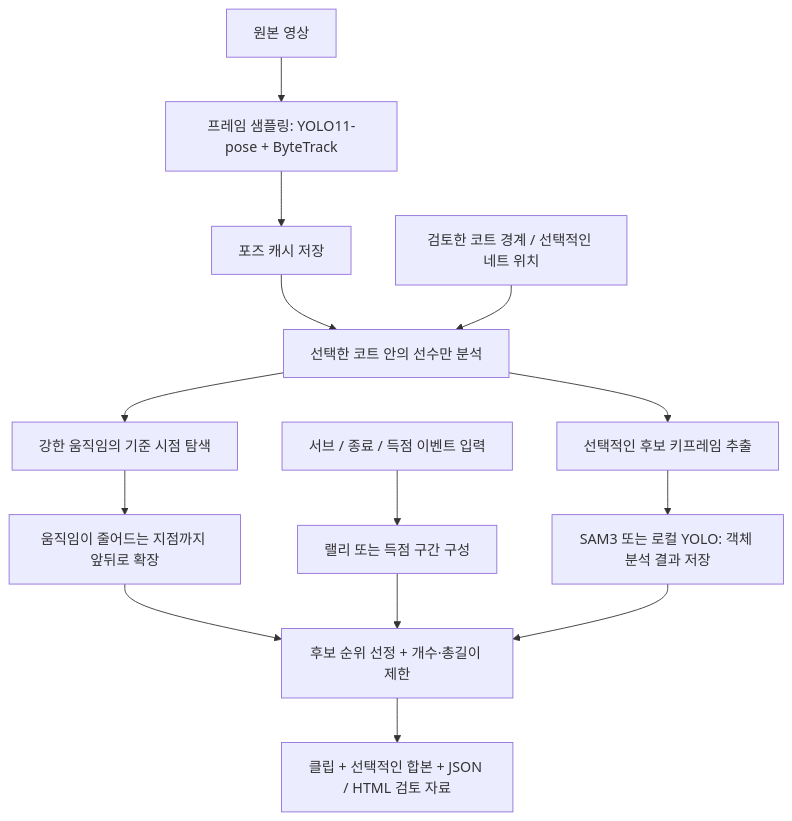
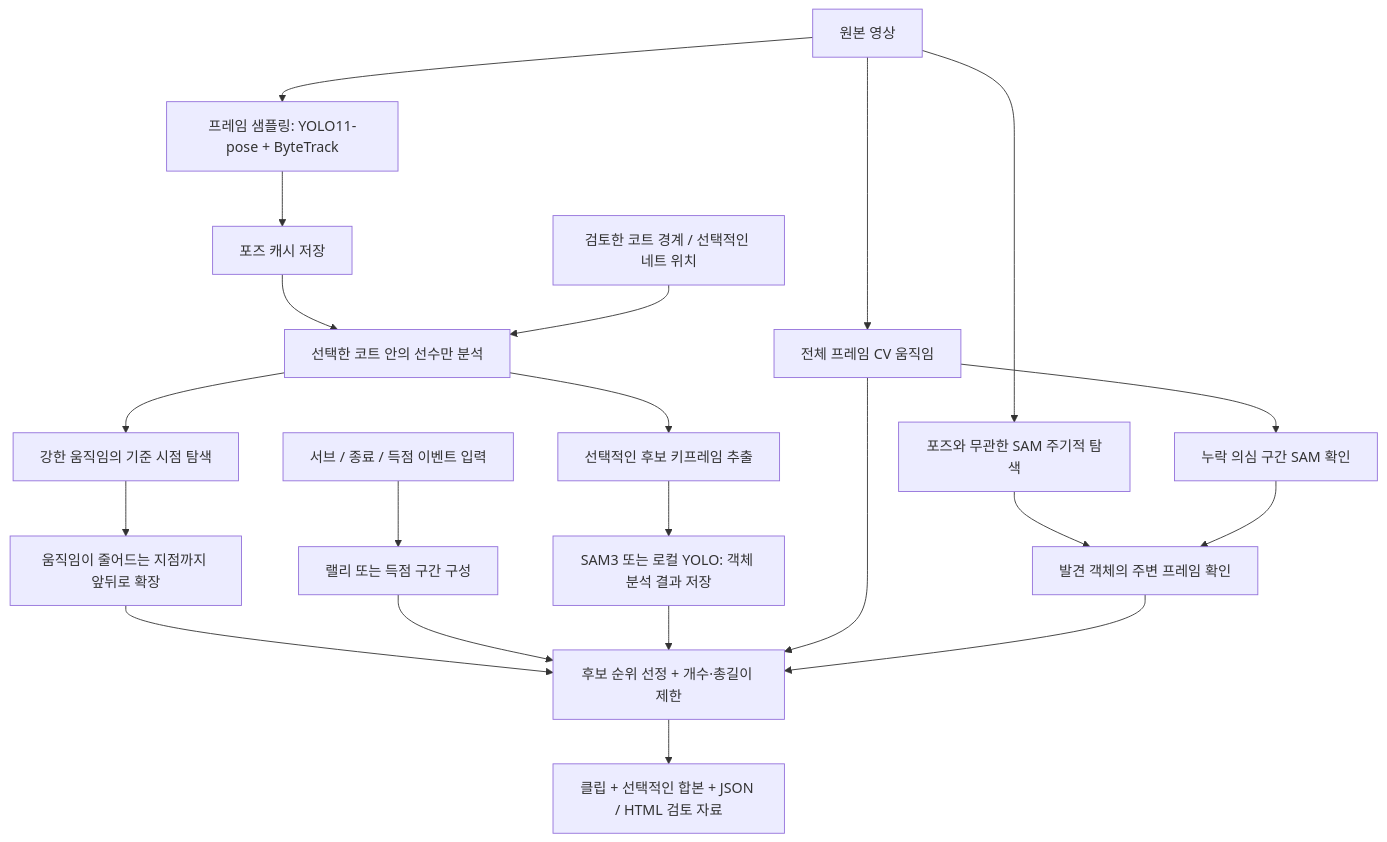
Before and after one commit to yongseongkim/highlight-generator: the diagram in README.md, drawn with Mermaid. The commit also changed other lines of this file and 14 other files, not shown here.

````diff
--- a/README.md
+++ b/README.md
@@ -15,16 +17,23 @@
 ```mermaid
 flowchart TD
     V["원본 영상"] --> P["프레임 샘플링: YOLO11-pose + ByteTrack"]
+    V --> CV["전체 프레임 CV 움직임"]
+    V --> DS["포즈와 무관한 SAM 주기적 탐색"]
+    CV --> DC["누락 의심 구간 SAM 확인"]
+    DS --> DR["발견 객체의 주변 프레임 확인"]
+    DC --> DR
     P --> A["포즈 캐시 저장"]
     A --> F["선택한 코트 안의 선수만 분석"]
     C["검토한 코트 경계 / 선택적인 네트 위치"] --> F
     F --> M["강한 움직임의 기준 시점 탐색"]
     M --> X["움직임이 줄어드는 지점까지 앞뒤로 확장"]
     F --> K["선택적인 후보 키프레임 추출"]
     K --> S["SAM3 또는 로컬 YOLO: 객체 분석 결과 저장"]
     E["서브 / 종료 / 득점 이벤트 입력"] --> U["랠리 또는 득점 구간 구성"]
     X --> R["후보 순위 선정 + 개수·총길이 제한"]
     U --> R
     S --> R
+    CV --> R
+    DR --> R
     R --> O["클립 + 선택적인 합본 + JSON / HTML 검토 자료"]
 ```
````
